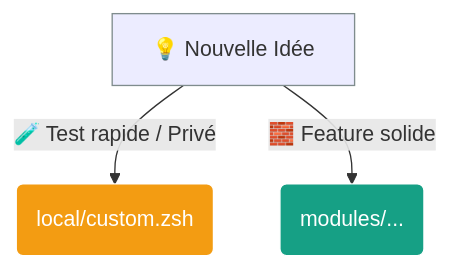
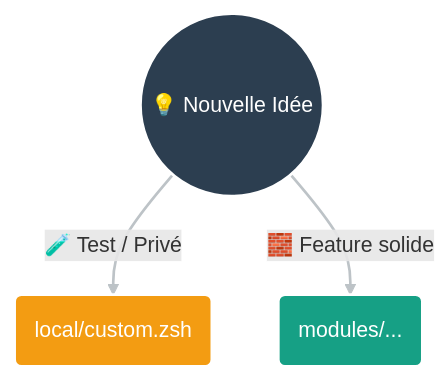
One commit to yanix2445/zsh-boost changed the second of 2 diagrams in README.md. Above: the diagram before and after it, drawn with Mermaid.

Commit message:
docs: improve customization diagram style

````diff
--- a/README.md
+++ b/README.md
@@ -166,9 +166,17 @@
 ```mermaid
-graph TD
-    New[💡 Nouvelle Idée] -->|🧪 Test rapide / Privé| Labo(local/custom.zsh)
-    New -->|🧱 Feature solide| Module(modules/...)
+flowchart TD
+    %% Nodes
+    New(("💡 Nouvelle Idée"))
     
-    style Labo fill:#f39c12,stroke:#fff,color:#fff
-    style Module fill:#16a085,stroke:#fff,color:#fff
-    style New stroke:#7f8c8d
+    %% Styles
+    style New fill:#2c3e50,stroke:#fff,color:#fff,stroke-width:2px
+    style Labo fill:#f39c12,stroke:#fff,color:#fff,stroke-width:2px
+    style Module fill:#16a085,stroke:#fff,color:#fff,stroke-width:2px
+
+    %% Paths
+    New -->|🧪 Test / Privé| Labo("local/custom.zsh")
+    New -->|🧱 Feature solide| Module("modules/...")
+    
+    %% Styling Links
+    linkStyle default stroke:#bdc3c7,stroke-width:2px
 ```
````
